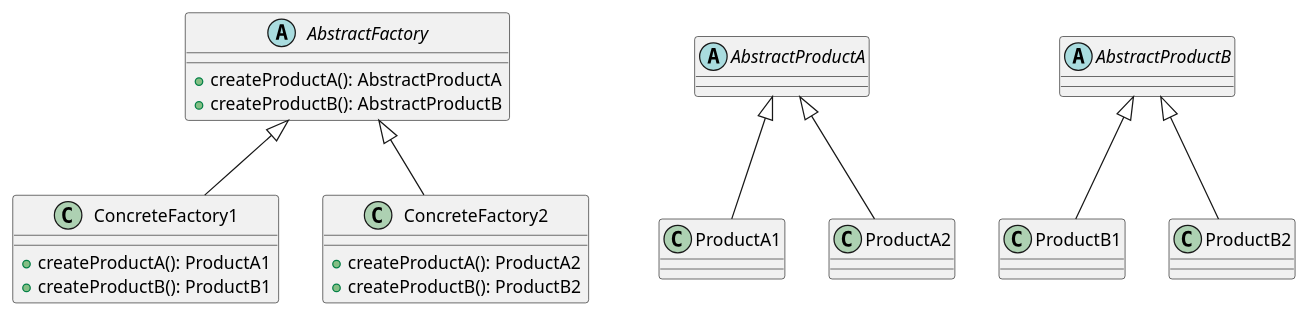
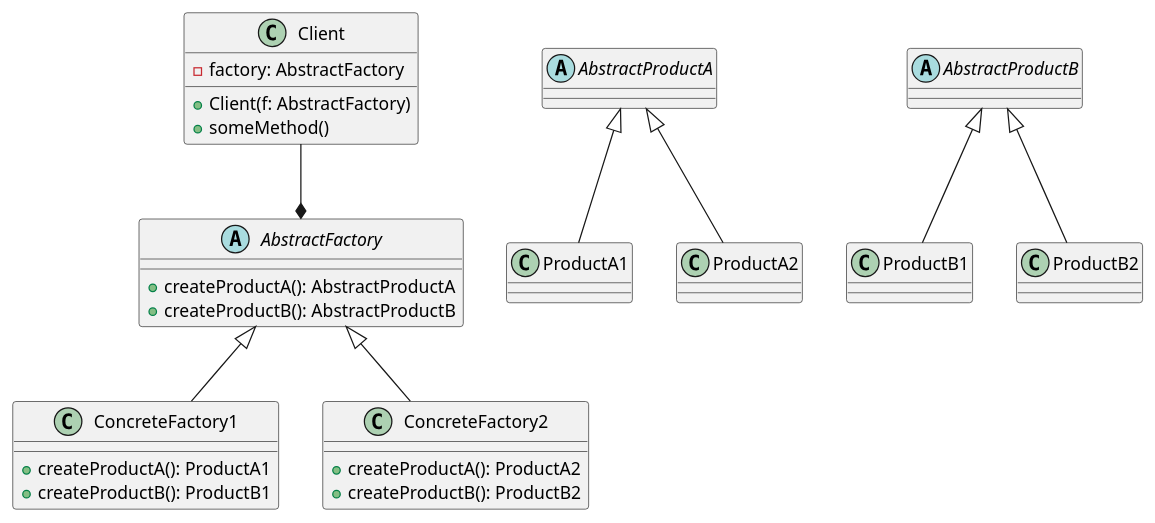
Before and after one commit to davengle/umlClassDiagrams: the diagram in Creational/abstractFactory.puml, drawn with PlantUML. The commit also changed other lines of this file, not shown here.

Commit message:
updated abstractFactory

```diff
--- a/Creational/abstractFactory.puml
+++ b/Creational/abstractFactory.puml
@@ -1,35 +1,50 @@
 @startuml
-abstract class AbstractFactory {
-    +createProductA(): AbstractProductA
-    +createProductB(): AbstractProductB
-}
+    abstract class AbstractFactory {
+        +createProductA(): AbstractProductA
+        +createProductB(): AbstractProductB
+    }
 
-class ConcreteFactory1 extends AbstractFactory {
-    +createProductA(): ProductA1
-    +createProductB(): ProductB1
-}
+    class ConcreteFactory1 extends AbstractFactory {
+        +createProductA(): ProductA1
+        +createProductB(): ProductB1
+    }
 
-class ConcreteFactory2 extends AbstractFactory {
-    +createProductA(): ProductA2
-    +createProductB(): ProductB2
-}
+    class ConcreteFactory2 extends AbstractFactory {
+        +createProductA(): ProductA2
+        +createProductB(): ProductB2
+    }
 
-abstract class AbstractProductA {
-}
+    abstract class AbstractProductA {
 
-abstract class AbstractProductB {
-}
+    }
 
-class ProductA1 extends AbstractProductA {
-}
+    abstract class AbstractProductB {
 
-class ProductB1 extends AbstractProductB {
-}
+    }
 
-class ProductA2 extends AbstractProductA {
-}
+    class ProductA1 extends AbstractProductA {
 
-class ProductB2 extends AbstractProductB {
-}
+    }
+
+    class ProductB1 extends AbstractProductB {
+
+    }
+
+    class ProductA2 extends AbstractProductA {
+
+    }
+
+    class ProductB2 extends AbstractProductB {
+
+    }
+
+    class Client {
+        -factory: AbstractFactory
+        +Client(f: AbstractFactory)
+        +someMethod()
+    }
+
+    Client --* AbstractFactory
+
 
 @enduml
```
